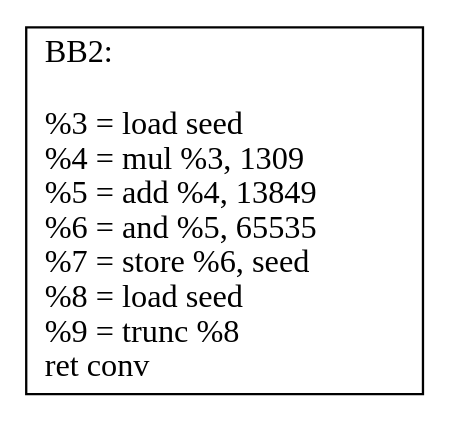
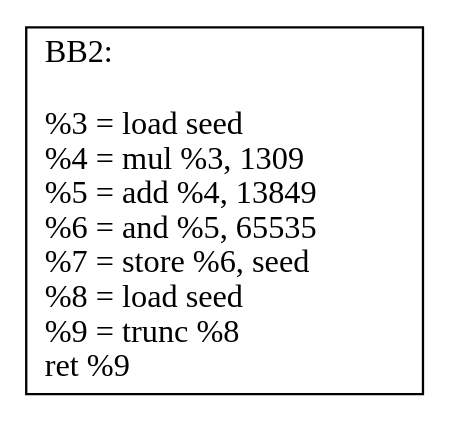
The diagram in src/dot_files/Bubblesort/Rand.dot (angelica-moreira/CfgGenerator), drawn with Graphviz before and after one commit. The commit also changed 105 other files, not shown here.

```diff
--- a/src/dot_files/Bubblesort/Rand.dot
+++ b/src/dot_files/Bubblesort/Rand.dot
@@ -1,13 +1,13 @@
 digraph "CFG for 'Rand' function" {
 BB2 [shape=record,
     label="{BB2:\l\l
              %3 = load seed\l
              %4 = mul %3, 1309\l
              %5 = add %4, 13849\l
              %6 = and %5, 65535\l
              %7 = store %6, seed\l
              %8 = load seed\l
              %9 = trunc %8\l
-             ret conv\l
+             ret %9\l
              }"];
 }
```
